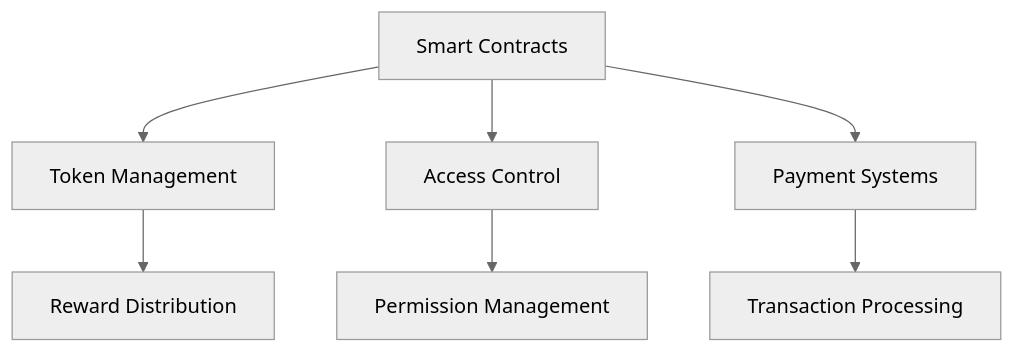
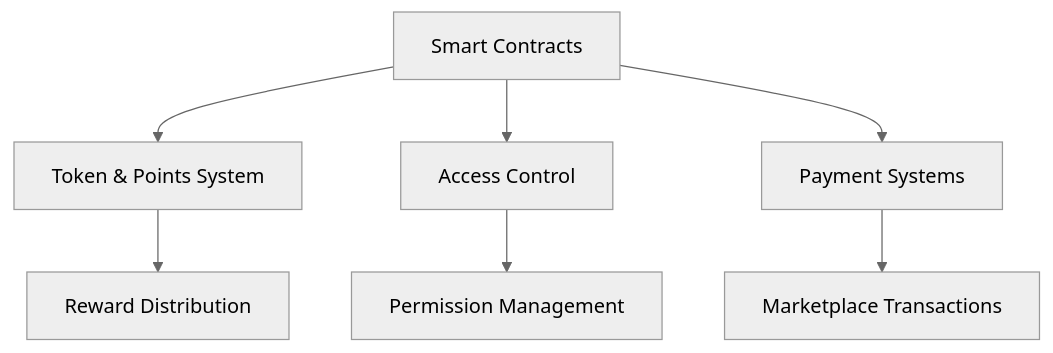
Before and after one commit to RivenLSCP/docs: the first of 3 diagrams in technical/architecture.mdx, drawn with Mermaid (neutral theme). The commit also changed other lines of this file and 6 other files, not shown here.

````diff
--- a/technical/architecture.mdx
+++ b/technical/architecture.mdx
@@ -49,9 +49,9 @@
 ```mermaid
 graph TD
-    A[Smart Contracts] --> B[Token Management]
+    A[Smart Contracts] --> B[Token & Points System]
     A --> C[Access Control]
     A --> D[Payment Systems]
     B --> E[Reward Distribution]
     C --> F[Permission Management]
-    D --> G[Transaction Processing]
+    D --> G[Marketplace Transactions]
 ```
````
